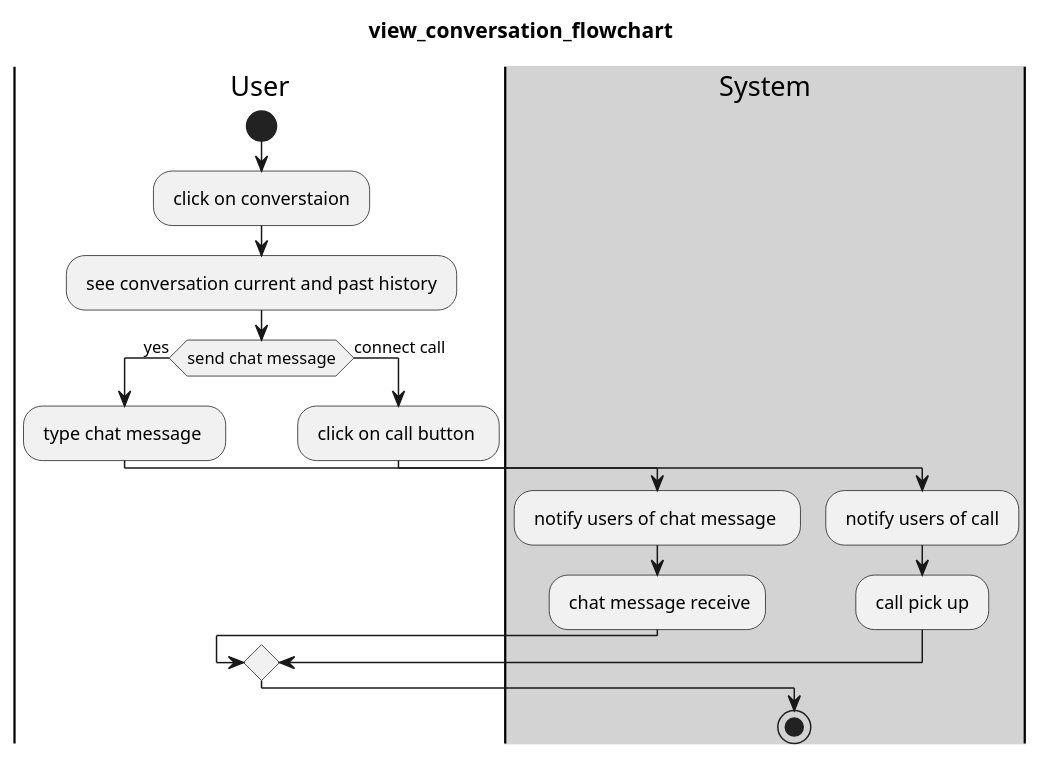
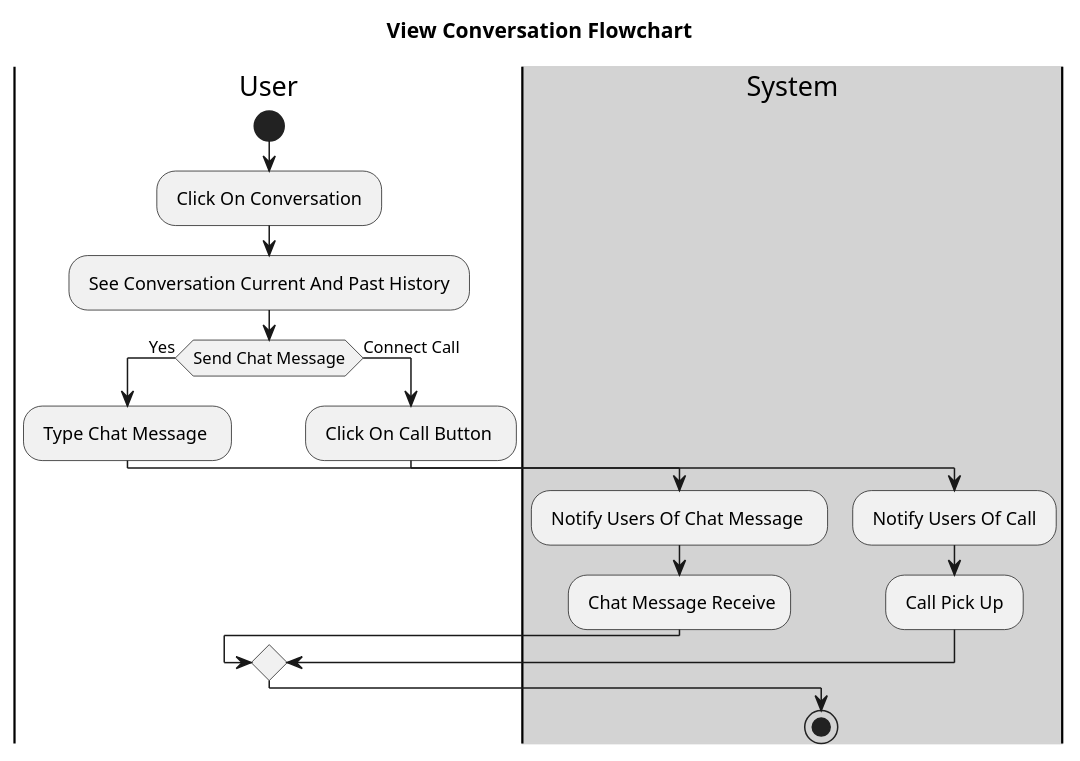
The diagram in Diagram/flowchart/communication/view_conversation_flowchart.wsd (KTPx4/Social_Media), drawn with PlantUML before and after one commit. The commit also changed other lines of this file and 10 other files, not shown here.

Commit message:
PHuc | change flowchart

```diff
--- a/Diagram/flowchart/communication/view_conversation_flowchart.wsd
+++ b/Diagram/flowchart/communication/view_conversation_flowchart.wsd
@@ -3,23 +1,23 @@
 @startuml 
-title view_conversation_flowchart
+title View Conversation Flowchart
 |User|
 start
-: click on converstaion ; 
-: see conversation current and past history ; 
+: Click On Conversation ; 
+: See Conversation Current And Past History ; 
 
-if(send chat message) then (yes)
-: type chat message  ;  
+if(Send Chat Message) then (Yes)
+: Type Chat Message  ;  
 |#lightgray|System|   
-: notify users of chat message  ;  
-: chat message receive;
-else(connect call)
+: Notify Users Of Chat Message  ;  
+: Chat Message Receive;
+else(Connect Call)
 |User|
-: click on call button  ;
+: Click On Call Button  ;
 |#lightgray|System|    
-: notify users of call ; 
-: call pick up ;
+: Notify Users Of Call ; 
+: Call Pick Up ;
 endif
 
 stop
 
 @enduml
```
